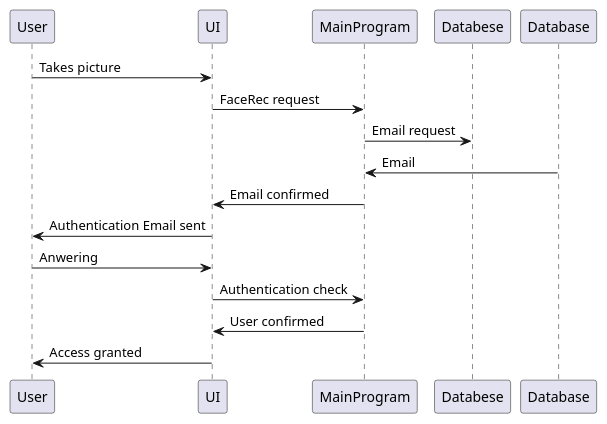
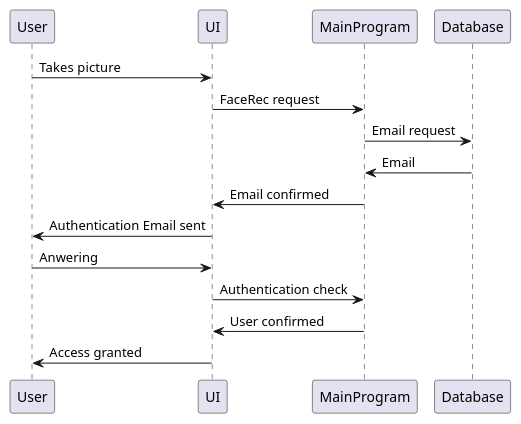
The third of 3 diagrams in README.md (Tuukka-B/IoT-Face-Recognition), drawn with PlantUML before and after one commit.

````diff
--- a/README.md
+++ b/README.md
@@ -190,14 +190,14 @@
 ```plantuml
 @startuml
 User -> "UI" : Takes picture
 "UI" -> "MainProgram" : FaceRec request
-"MainProgram" -> "Databese" : Email request
+"MainProgram" -> "Database" : Email request
 "Database" -> "MainProgram" : Email
 "MainProgram" -> "UI" : Email confirmed
 "UI" -> User : Authentication Email sent
 User -> "UI" : Anwering
 "UI" -> "MainProgram" : Authentication check
 "MainProgram" -> "UI" : User confirmed
 "UI" -> User : Access granted
 @enduml
 ```
````
